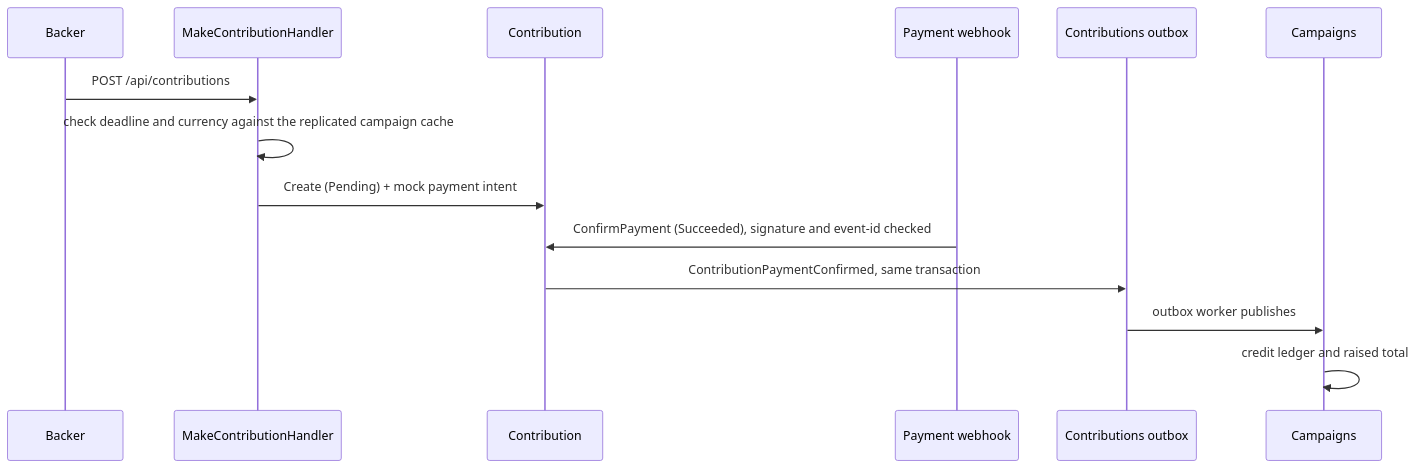
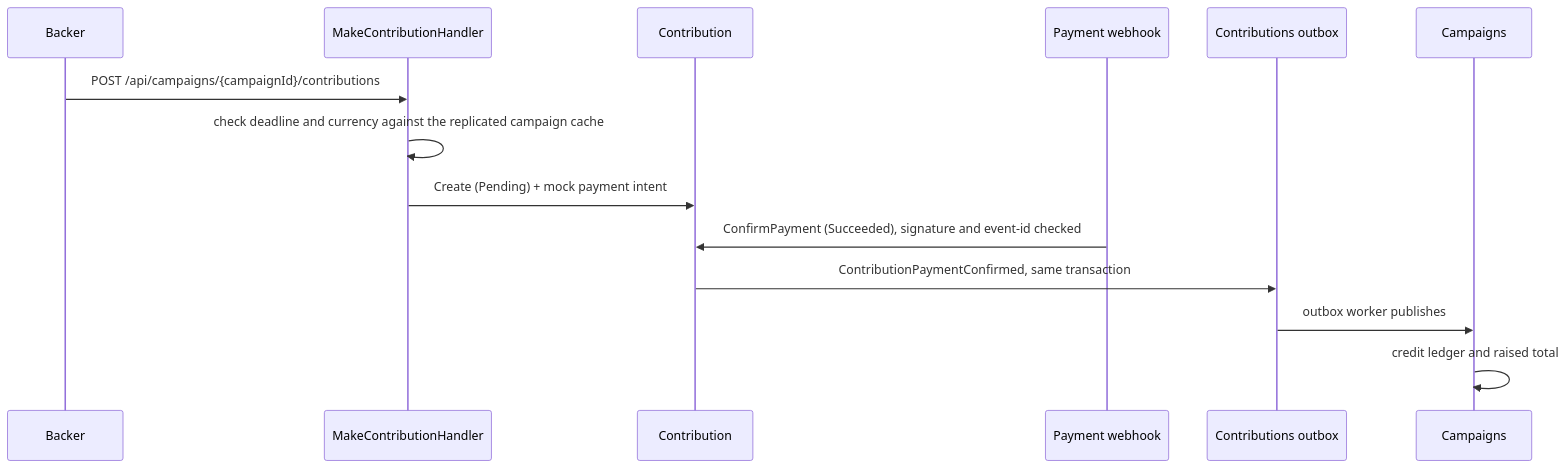
The second of 3 diagrams in src/Modules/Contributions/README.md (maysamgamini/crowdfundinghub), drawn with Mermaid before and after one commit. The commit also changed other lines of this file and 31 other files, not shown here.

````diff
--- a/src/Modules/Contributions/README.md
+++ b/src/Modules/Contributions/README.md
@@ -20,16 +20,16 @@
 ```mermaid
 sequenceDiagram
     participant B as Backer
     participant H as MakeContributionHandler
     participant C as Contribution
     participant G as Payment webhook
     participant O as Contributions outbox
     participant Ca as Campaigns
-    B->>H: POST /api/contributions
+    B->>H: POST /api/campaigns/{campaignId}/contributions
     H->>H: check deadline and currency against the replicated campaign cache
     H->>C: Create (Pending) + mock payment intent
     G->>C: ConfirmPayment (Succeeded), signature and event-id checked
     C->>O: ContributionPaymentConfirmed, same transaction
     O->>Ca: outbox worker publishes
     Ca->>Ca: credit ledger and raised total
 ```
````
